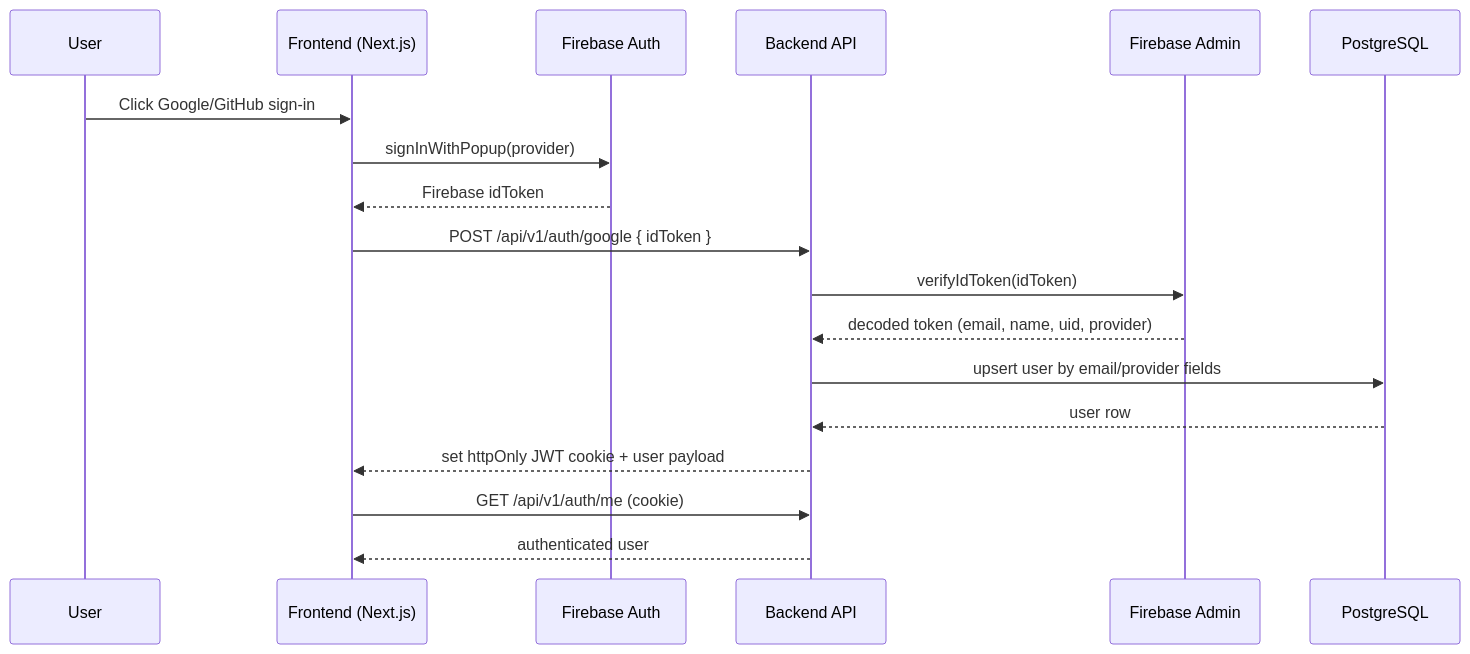
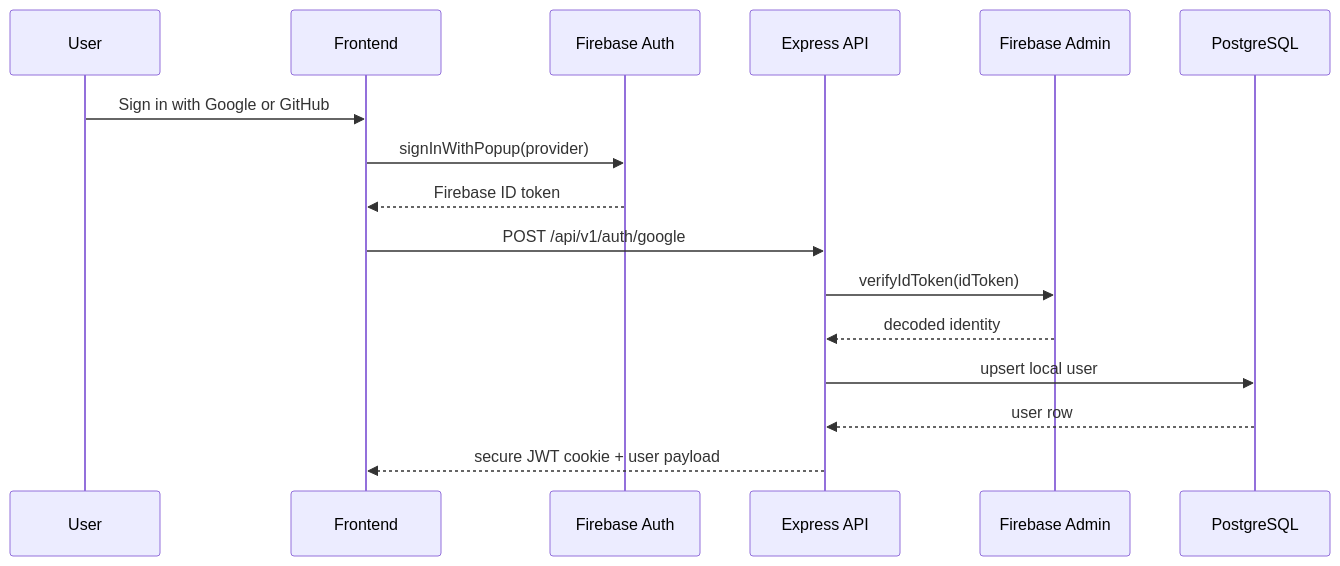
Before and after one commit to saahilpal/RAG-DOCAnalyzer: the first of 2 diagrams in ARCHITECTURE.md, drawn with Mermaid. The commit also changed other lines of this file and 5 other files, not shown here.

````diff
--- a/ARCHITECTURE.md
+++ b/ARCHITECTURE.md
@@ -22,21 +68,19 @@
 ```mermaid
 sequenceDiagram
-  participant U as User
-  participant FE as Frontend (Next.js)
-  participant FA as Firebase Auth
-  participant BE as Backend API
-  participant FBA as Firebase Admin
+  participant User
+  participant FE as Frontend
+  participant FAuth as Firebase Auth
+  participant BE as Express API
+  participant FAdmin as Firebase Admin
   participant DB as PostgreSQL
 
-  U->>FE: Click Google/GitHub sign-in
-  FE->>FA: signInWithPopup(provider)
-  FA-->>FE: Firebase idToken
-  FE->>BE: POST /api/v1/auth/google { idToken }
-  BE->>FBA: verifyIdToken(idToken)
-  FBA-->>BE: decoded token (email, name, uid, provider)
-  BE->>DB: upsert user by email/provider fields
+  User->>FE: Sign in with Google or GitHub
+  FE->>FAuth: signInWithPopup(provider)
+  FAuth-->>FE: Firebase ID token
+  FE->>BE: POST /api/v1/auth/google
+  BE->>FAdmin: verifyIdToken(idToken)
+  FAdmin-->>BE: decoded identity
+  BE->>DB: upsert local user
   DB-->>BE: user row
-  BE-->>FE: set httpOnly JWT cookie + user payload
-  FE->>BE: GET /api/v1/auth/me (cookie)
-  BE-->>FE: authenticated user
+  BE-->>FE: secure JWT cookie + user payload
 ```
````
